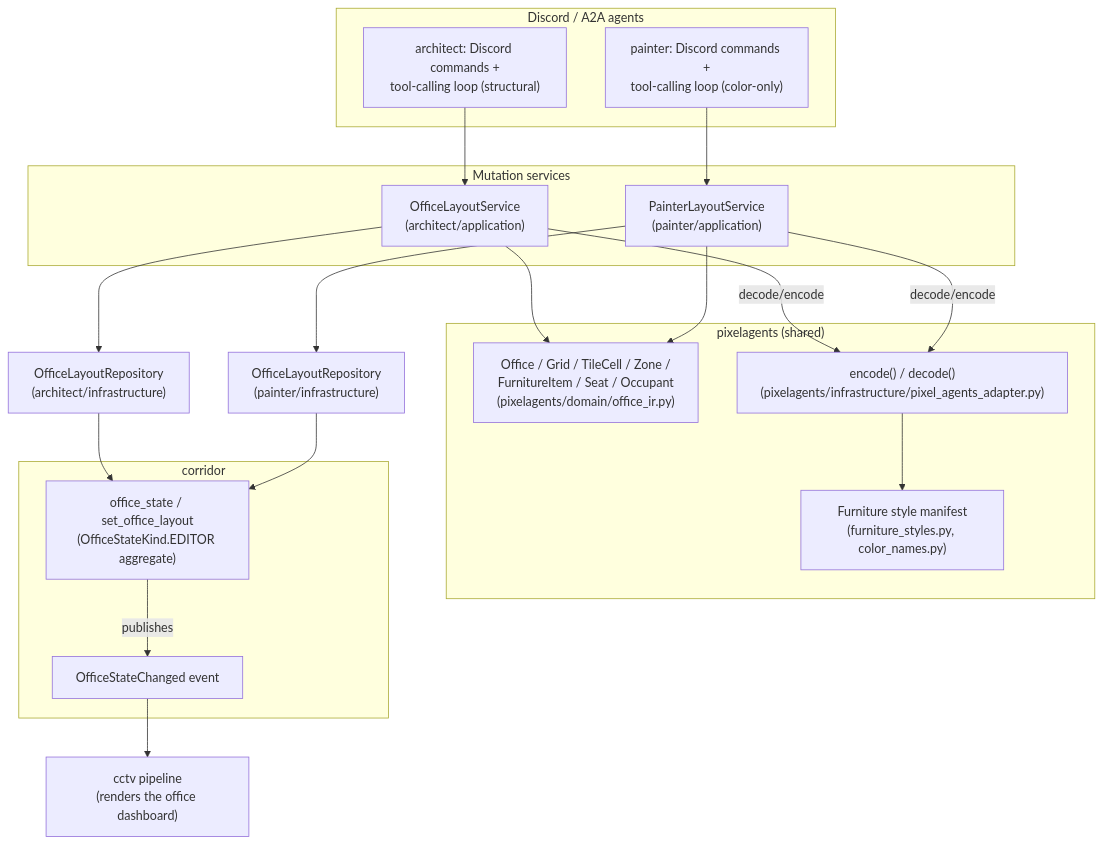
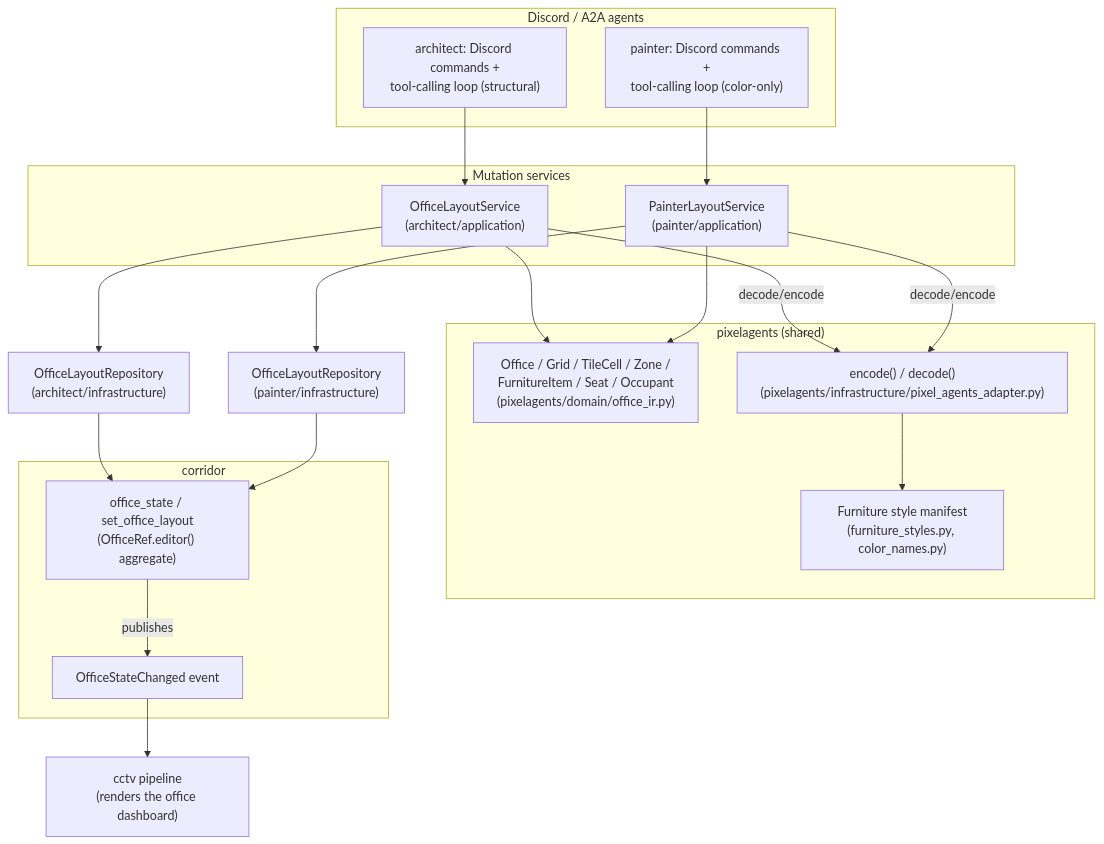
One commit to pixel-agents-hq/pixel-agents-cogs changed the first of 4 diagrams in docs/architect-semantic-ir-design.md. Above: the diagram before and after it, drawn with Mermaid. The commit also changed other lines of this file and 74 other files, not shown here.

````diff
--- a/docs/architect-semantic-ir-design.md
+++ b/docs/architect-semantic-ir-design.md
@@ -103,42 +103,42 @@
 ```mermaid
 flowchart TB
     subgraph agents["Discord / A2A agents"]
         AD["architect: Discord commands +\ntool-calling loop (structural)"]
         PD["painter: Discord commands +\ntool-calling loop (color-only)"]
     end
 
     subgraph svc["Mutation services"]
         AS["OfficeLayoutService\n(architect/application)"]
         PS["PainterLayoutService\n(painter/application)"]
     end
 
     subgraph pa["pixelagents (shared)"]
         IR["Office / Grid / TileCell / Zone /\nFurnitureItem / Seat / Occupant\n(pixelagents/domain/office_ir.py)"]
         CODEC["encode() / decode()\n(pixelagents/infrastructure/pixel_agents_adapter.py)"]
         MAN["Furniture style manifest\n(furniture_styles.py, color_names.py)"]
     end
 
     REPO_A["OfficeLayoutRepository\n(architect/infrastructure)"]
     REPO_P["OfficeLayoutRepository\n(painter/infrastructure)"]
 
     subgraph corridor["corridor"]
-        OS["office_state / set_office_layout\n(OfficeStateKind.EDITOR aggregate)"]
+        OS["office_state / set_office_layout\n(OfficeRef.editor() aggregate)"]
         EVT["OfficeStateChanged event"]
     end
 
     CCTV["cctv pipeline\n(renders the office dashboard)"]
 
     AD --> AS
     PD --> PS
     AS --> IR
     PS --> IR
     AS -- "decode/encode" --> CODEC
     PS -- "decode/encode" --> CODEC
     CODEC --> MAN
     AS --> REPO_A
     PS --> REPO_P
     REPO_A --> OS
     REPO_P --> OS
     OS -- publishes --> EVT
     EVT --> CCTV
 ```
````
